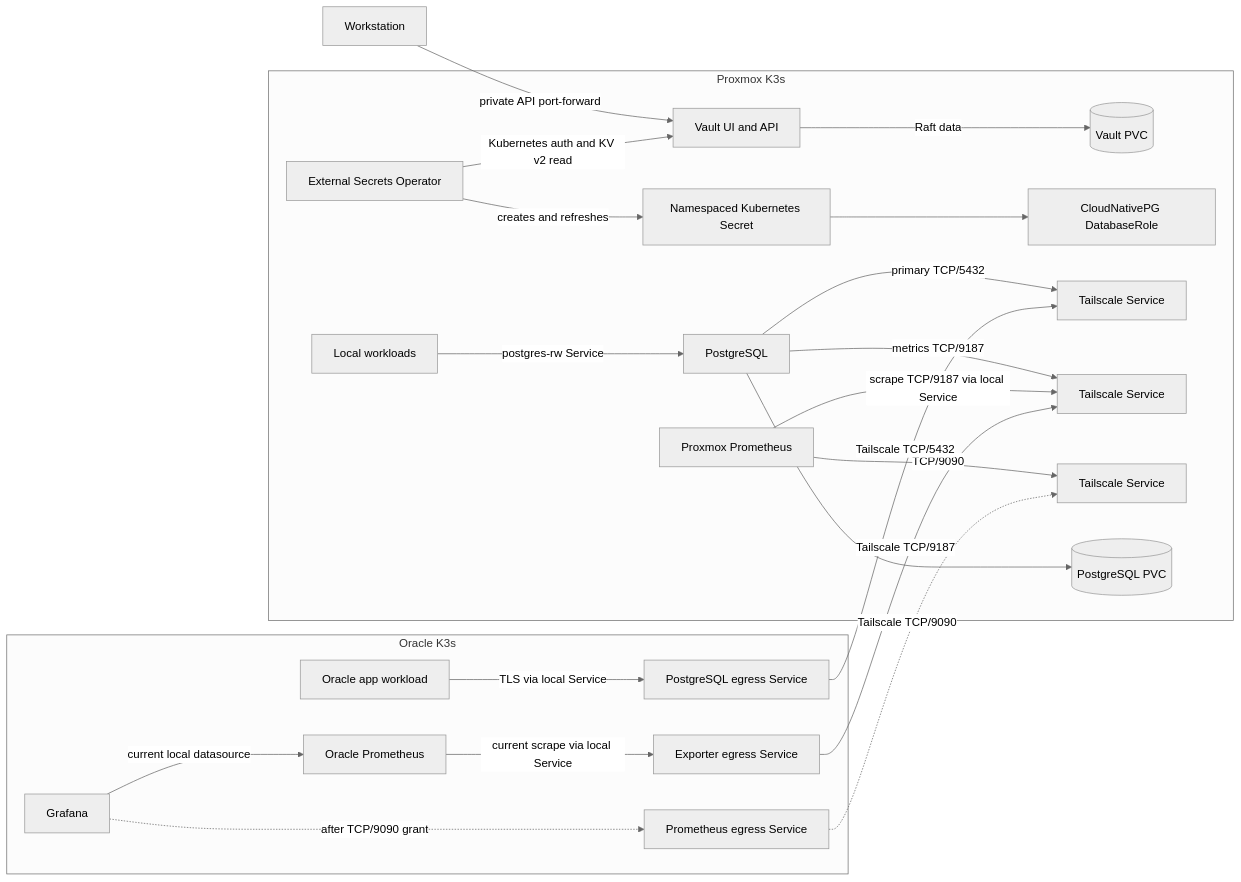
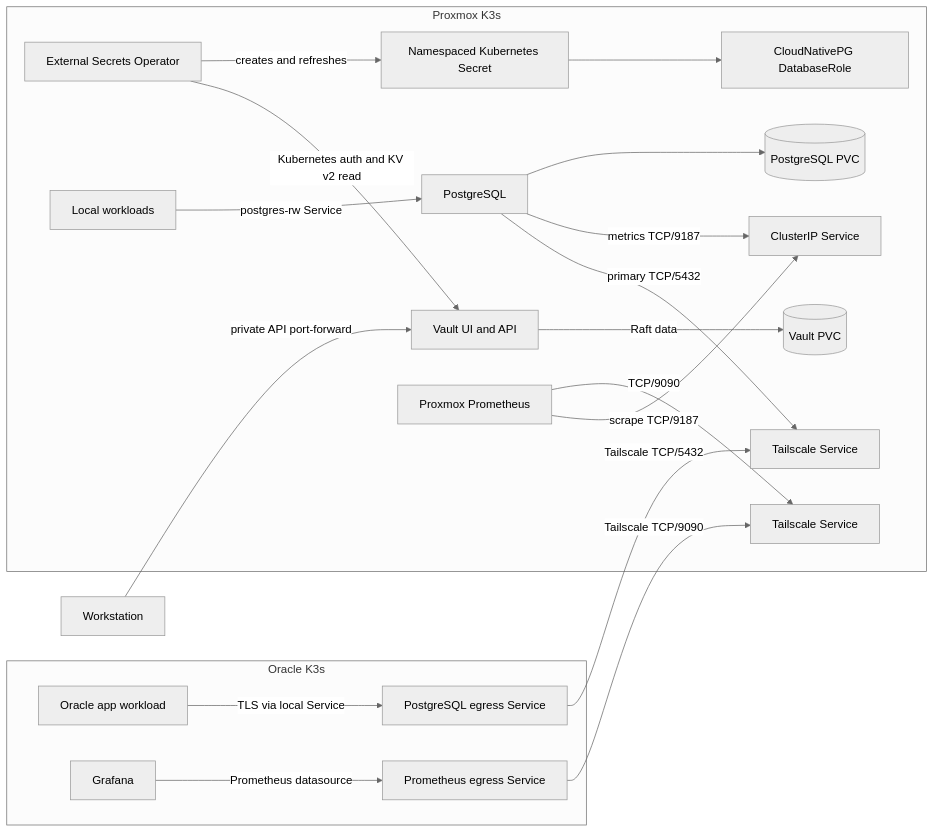
Before and after one commit to Disease-Prediction-ASET26/disease-prediction-gitops: the diagram in docs/operations/proxmox-data-services.md, drawn with Mermaid (neutral theme). The commit also changed other lines of this file and 6 other files, not shown here.

Commit message:
Retire Oracle exporter egress

````diff
--- a/docs/operations/proxmox-data-services.md
+++ b/docs/operations/proxmox-data-services.md
@@ -11,25 +10,22 @@
 ```mermaid
 flowchart LR
   operator[Workstation] -->|private API port-forward| vault[Vault UI and API]
   subgraph home[Proxmox K3s]
     eso[External Secrets Operator] -->|Kubernetes auth and KV v2 read| vault
     vault -->|Raft data| vaultDisk[(Vault PVC)]
     eso -->|creates and refreshes| secret[Namespaced Kubernetes Secret]
     secret --> role[CloudNativePG DatabaseRole]
     app[Local workloads] -->|postgres-rw Service| db[PostgreSQL]
     db -->|primary TCP/5432| taildb[Tailscale Service]
-    db -->|metrics TCP/9187| tailmetrics[Tailscale Service]
-    prometheus[Proxmox Prometheus] -->|scrape TCP/9187 via local Service| tailmetrics
+    db -->|metrics TCP/9187| metrics[ClusterIP Service]
+    prometheus[Proxmox Prometheus] -->|scrape TCP/9187| metrics
     prometheus -->|TCP/9090| promTail[Tailscale Service]
     db --> dbDisk[(PostgreSQL PVC)]
   end
   subgraph oracle[Oracle K3s]
     oracleApp[Oracle app workload] -->|TLS via local Service| dbEgress[PostgreSQL egress Service]
-    grafana[Grafana] -->|current local datasource| legacyProm[Oracle Prometheus]
-    legacyProm -->|current scrape via local Service| metricsEgress[Exporter egress Service]
-    grafana -.->|after TCP/9090 grant| promEgress[Prometheus egress Service]
+    grafana[Grafana] -->|Prometheus datasource| promEgress[Prometheus egress Service]
   end
   dbEgress -->|Tailscale TCP/5432| taildb
-  metricsEgress -->|Tailscale TCP/9187| tailmetrics
-  promEgress -.->|Tailscale TCP/9090| promTail
+  promEgress -->|Tailscale TCP/9090| promTail
 ```
````
